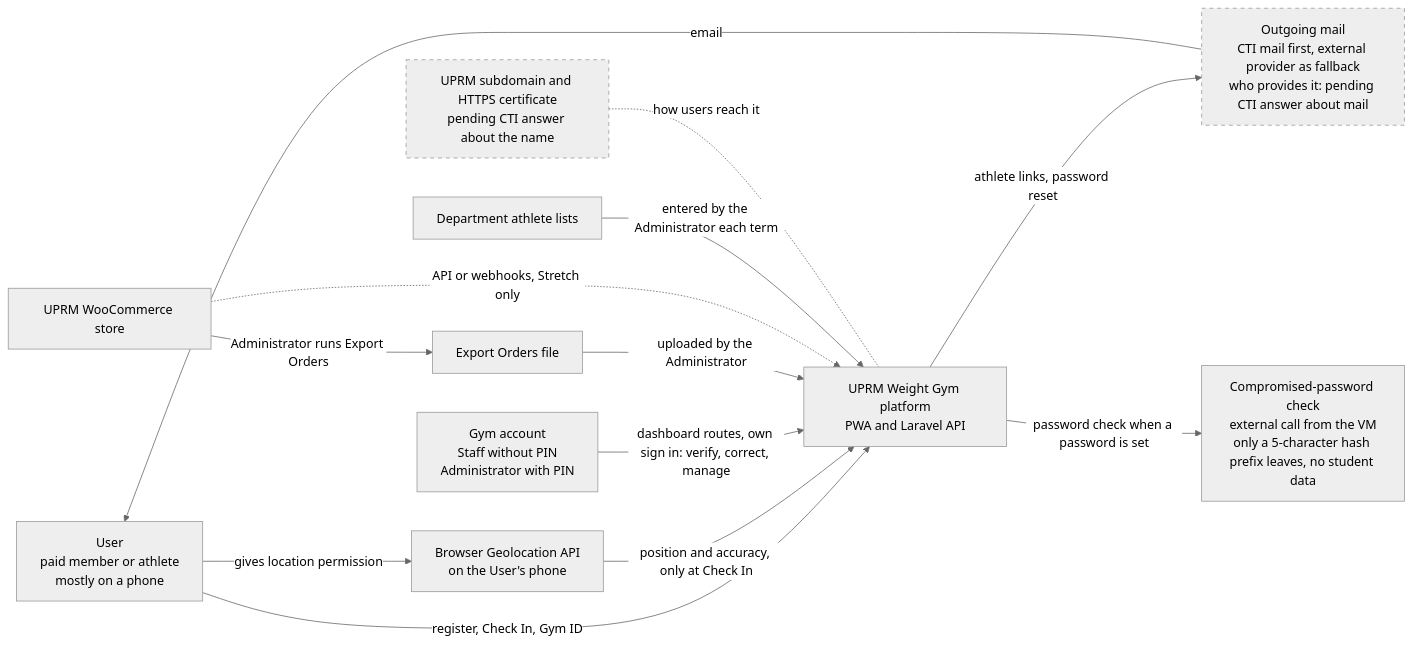
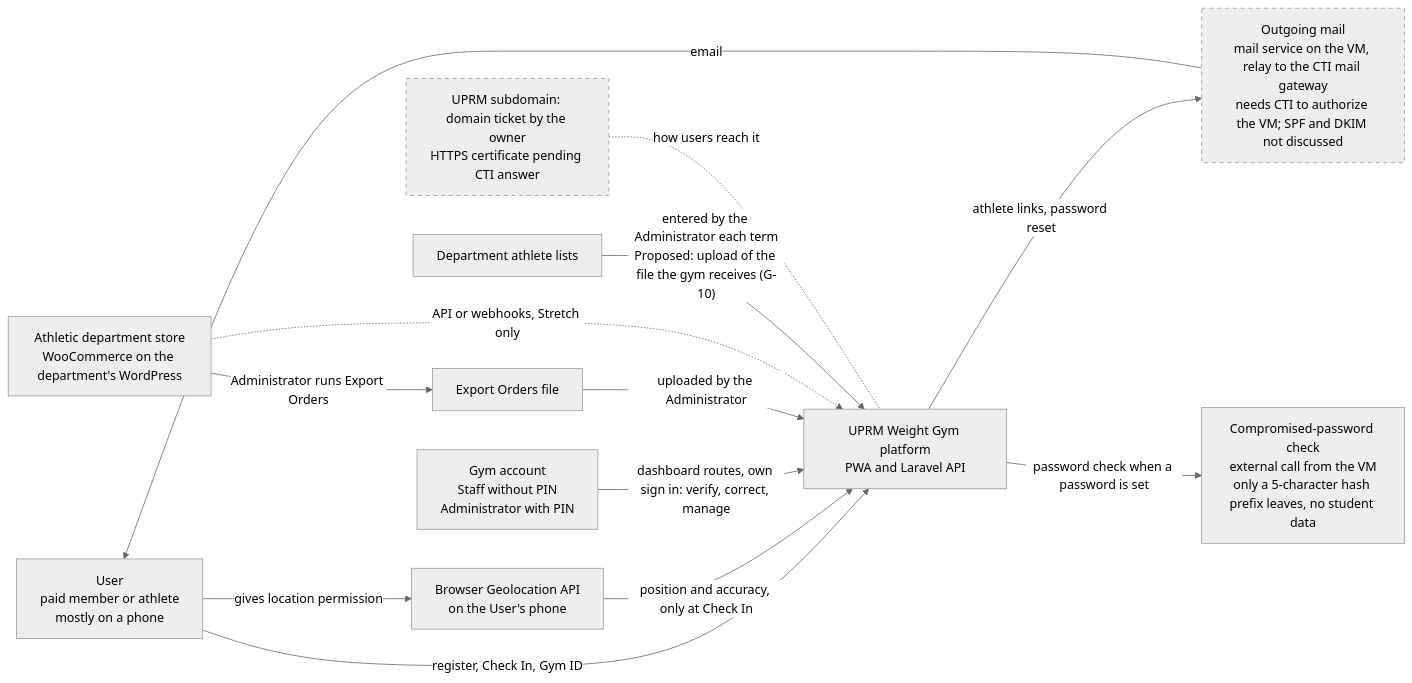
Before and after one commit to Th3-Minorities/natatorio-gym-app: the first of 5 diagrams in docs/design/architecture.md, drawn with Mermaid (neutral theme). The commit also changed other lines of this file and 7 other files, not shown here.

````diff
--- a/docs/design/architecture.md
+++ b/docs/design/architecture.md
@@ -13,29 +13,29 @@
 ```mermaid
 flowchart LR
   U["User<br/>paid member or athlete<br/>mostly on a phone"]
   G["Gym account<br/>Staff without PIN<br/>Administrator with PIN"]
   SYS["UPRM Weight Gym platform<br/>PWA and Laravel API"]
   GEO["Browser Geolocation API<br/>on the User's phone"]
-  WOO["UPRM WooCommerce store"]
+  WOO["Athletic department store<br/>WooCommerce on the department's WordPress"]
   FILE["Export Orders file"]
   LISTS["Department athlete lists"]
-  MAIL["Outgoing mail<br/>CTI mail first, external provider as fallback<br/>who provides it: pending CTI answer about mail"]
-  NAME["UPRM subdomain and HTTPS certificate<br/>pending CTI answer about the name"]
+  MAIL["Outgoing mail<br/>mail service on the VM, relay to the CTI mail gateway<br/>needs CTI to authorize the VM; SPF and DKIM not discussed"]
+  NAME["UPRM subdomain: domain ticket by the owner<br/>HTTPS certificate pending CTI answer"]
   PWN["Compromised-password check<br/>external call from the VM<br/>only a 5-character hash prefix leaves, no student data"]
 
   U -->|"register, Check In, Gym ID"| SYS
   U -->|"gives location permission"| GEO
   GEO -->|"position and accuracy, only at Check In"| SYS
   G -->|"dashboard routes, own sign in: verify, correct, manage"| SYS
   WOO -->|"Administrator runs Export Orders"| FILE
   FILE -->|"uploaded by the Administrator"| SYS
   WOO -.->|"API or webhooks, Stretch only"| SYS
-  LISTS -->|"entered by the Administrator each term"| SYS
+  LISTS -->|"entered by the Administrator each term<br/>Proposed: upload of the file the gym receives (G-10)"| SYS
   SYS -->|"athlete links, password reset"| MAIL
   MAIL -->|"email"| U
   SYS -->|"password check when a password is set"| PWN
   NAME -.-|"how users reach it"| SYS
 
   classDef pending stroke-dasharray: 5 5
   class MAIL,NAME pending
 ```
````
